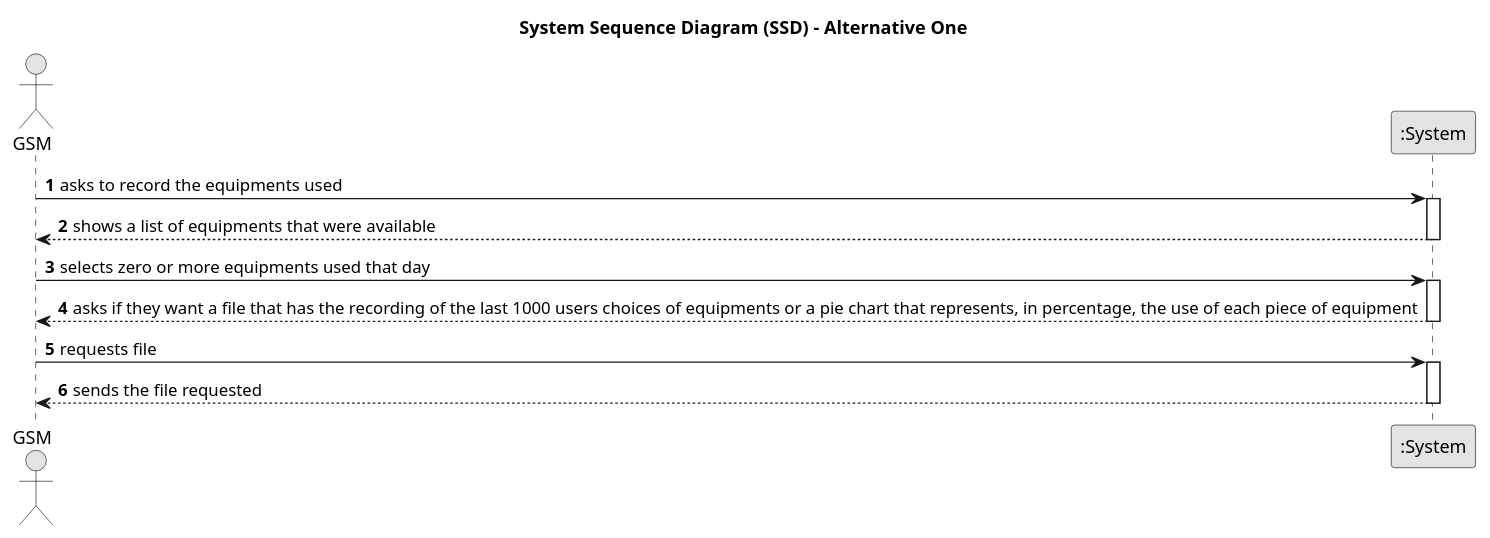
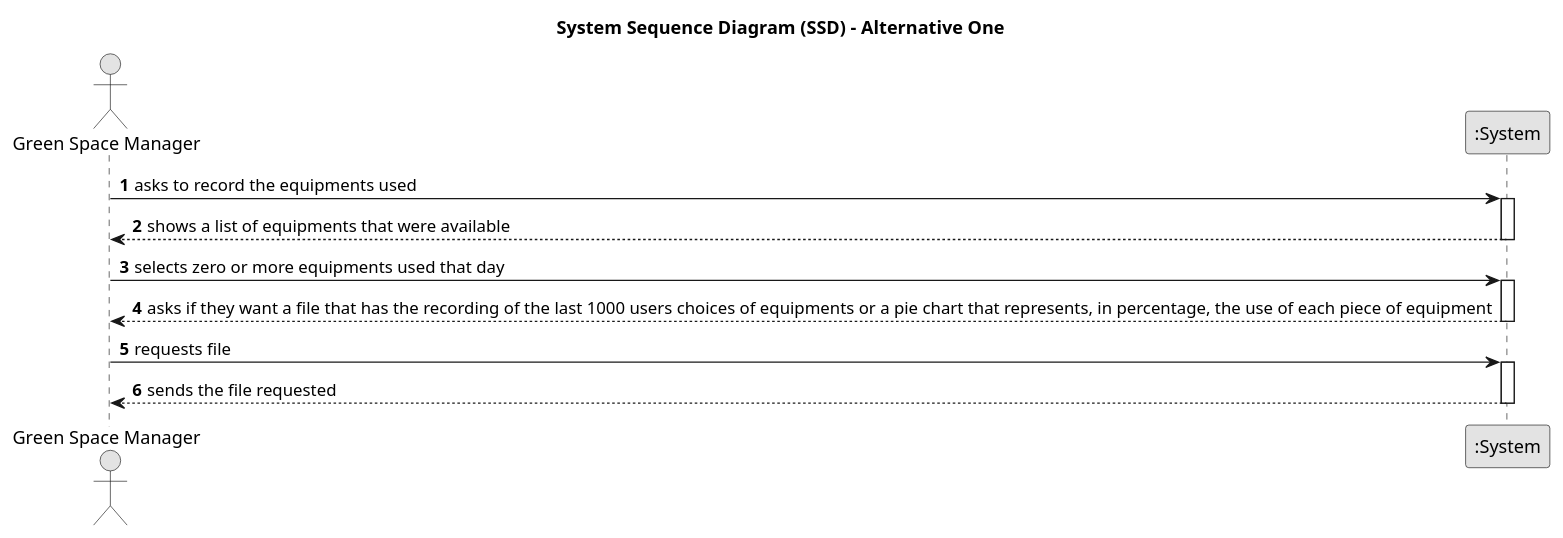
Before and after one commit to SAEmanuel/Green_Spaces_Management_ISEP: the diagram in docs/sprintB/us010/01.requirements-engineering/puml/us010-system-sequence-diagram-alternative-one.puml, drawn with PlantUML. The commit also changed 3 other files, not shown here.

```diff
--- a/docs/sprintB/us010/01.requirements-engineering/puml/us010-system-sequence-diagram-alternative-one.puml
+++ b/docs/sprintB/us010/01.requirements-engineering/puml/us010-system-sequence-diagram-alternative-one.puml
@@ -1,30 +1,30 @@
 @startuml
 skinparam monochrome true
 skinparam packageStyle rectangle
 skinparam shadowing false
 
 title System Sequence Diagram (SSD) - Alternative One
 
 autonumber
 
-actor "GSM" as User
+actor "Green Space Manager" as User
 participant ":System" as System
 
 User -> System : asks to record the equipments used
     activate System
 
 System --> User : shows a list of equipments that were available
     deactivate System
 
 User -> System : selects zero or more equipments used that day
     activate System
 
 System --> User : asks if they want a file that has the recording of the last 1000 users choices of equipments or a pie chart that represents, in percentage, the use of each piece of equipment
     deactivate System
 
 User -> System : requests file
     activate System
 
 System --> User : sends the file requested
     deactivate System
 @enduml
```
